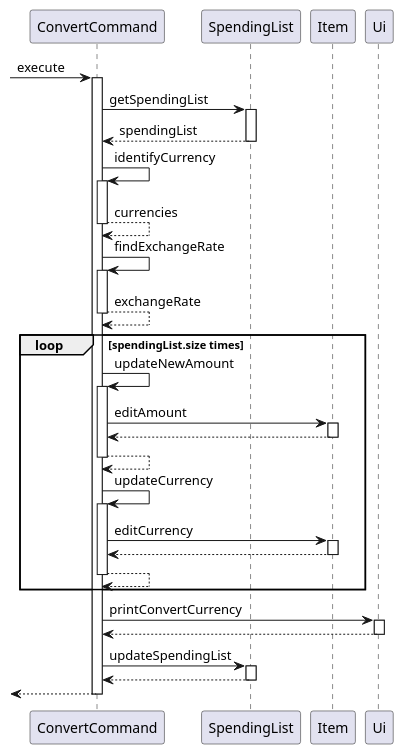
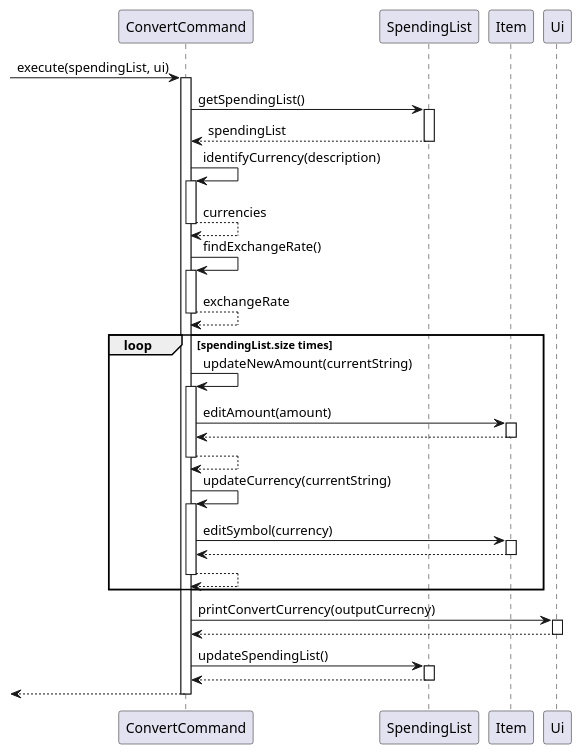
One commit to xieyaoyue/tp changed the diagram in src/uml/ConvertCommand.puml. Above: the diagram before and after it, drawn with PlantUML. The commit also changed 1 other file, not shown here.

Commit message:
Update minor errors in uml diagrams

```diff
--- a/src/uml/ConvertCommand.puml
+++ b/src/uml/ConvertCommand.puml
@@ -1,44 +1,44 @@
 @startuml
-->ConvertCommand:execute
+->ConvertCommand:execute(spendingList, ui)
 activate ConvertCommand
-ConvertCommand->SpendingList:getSpendingList
+ConvertCommand->SpendingList:getSpendingList()
 activate SpendingList
 SpendingList-->ConvertCommand:spendingList
 deactivate SpendingList
-ConvertCommand->ConvertCommand:identifyCurrency
+ConvertCommand->ConvertCommand:identifyCurrency(description)
 activate ConvertCommand
 ConvertCommand-->ConvertCommand:currencies
 deactivate ConvertCommand
-ConvertCommand->ConvertCommand:findExchangeRate
+ConvertCommand->ConvertCommand:findExchangeRate()
 activate ConvertCommand
 ConvertCommand-->ConvertCommand:exchangeRate
 deactivate ConvertCommand
 loop spendingList.size times
-ConvertCommand->ConvertCommand:updateNewAmount
+ConvertCommand->ConvertCommand:updateNewAmount(currentString)
 activate ConvertCommand
-ConvertCommand->Item:editAmount
+ConvertCommand->Item:editAmount(amount)
 activate Item
 Item-->ConvertCommand:
 deactivate Item
 ConvertCommand-->ConvertCommand:
 deactivate ConvertCommand
-ConvertCommand->ConvertCommand:updateCurrency
+ConvertCommand->ConvertCommand:updateCurrency(currentString)
 activate ConvertCommand
-ConvertCommand->Item:editCurrency
+ConvertCommand->Item:editSymbol(currency)
 activate Item
 Item-->ConvertCommand:
 deactivate Item
 ConvertCommand-->ConvertCommand:
 deactivate ConvertCommand
 end
-ConvertCommand->Ui:printConvertCurrency
+ConvertCommand->Ui:printConvertCurrency(outputCurrecny)
 activate Ui
 Ui-->ConvertCommand:
 deactivate Ui
-ConvertCommand->SpendingList:updateSpendingList
+ConvertCommand->SpendingList:updateSpendingList()
 activate SpendingList
 SpendingList-->ConvertCommand:
 deactivate SpendingList
 <--ConvertCommand
 deactivate ConvertCommand
 @enduml
```
